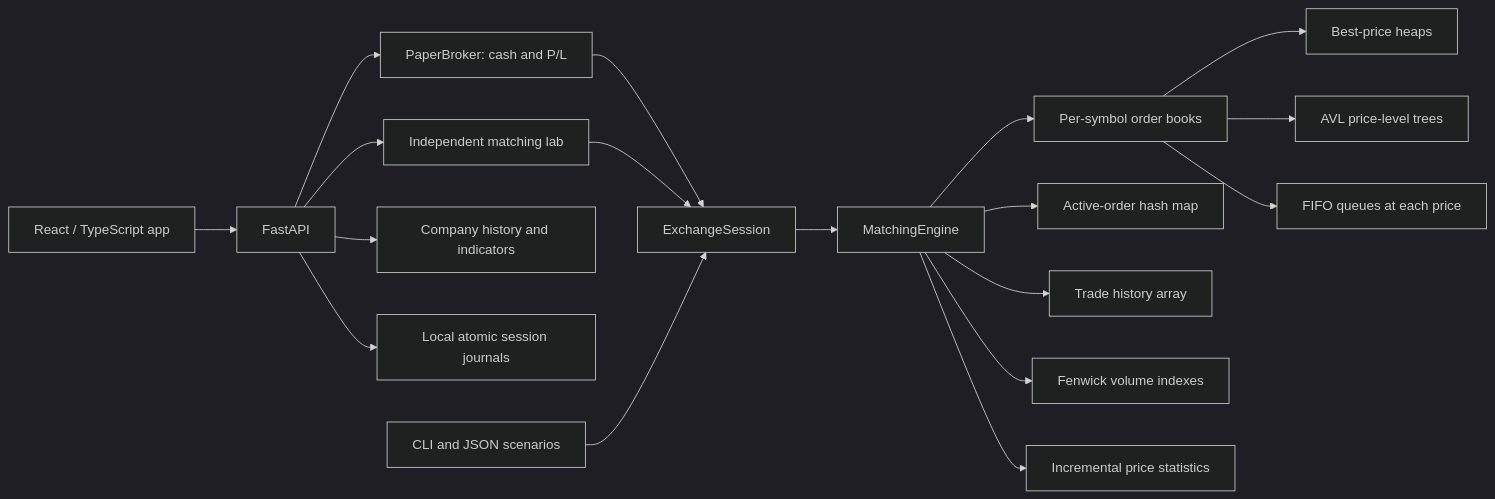
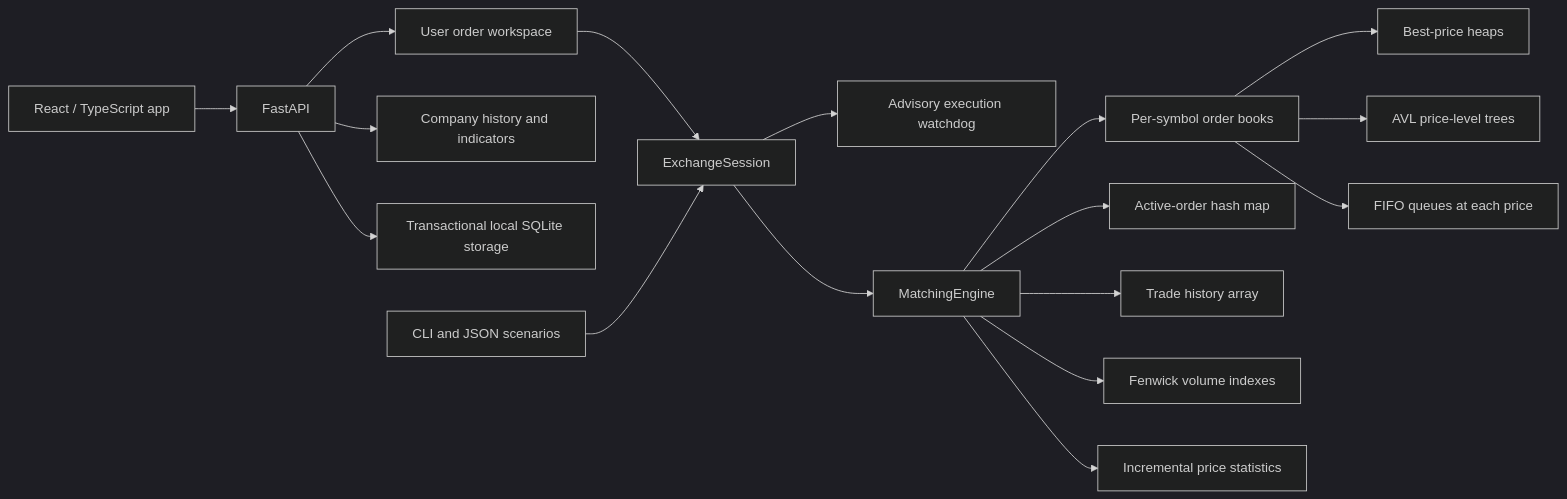
The diagram in docs/architecture.md (sgshiv001/TRADE-VELOCITY), drawn with Mermaid (dark theme) before and after one commit. The commit also changed other lines of this file and 83 other files, not shown here.

````diff
--- a/docs/architecture.md
+++ b/docs/architecture.md
@@ -5,20 +5,19 @@
 ```mermaid
 flowchart LR
     UI[React / TypeScript app] --> API[FastAPI]
-    API --> Paper[PaperBroker: cash and P/L]
-    API --> Lab[Independent matching lab]
-    Paper --> Session[ExchangeSession]
-    Lab --> Session
+    API --> Workspace[User order workspace]
+    Workspace --> Session[ExchangeSession]
+    Session --> Watchdog[Advisory execution watchdog]
     API --> History[Company history and indicators]
-    API --> Saved[Local atomic session journals]
+    API --> Saved[Transactional local SQLite storage]
     CLI[CLI and JSON scenarios] --> Session
     Session --> Engine[MatchingEngine]
     Engine --> Books[Per-symbol order books]
     Books --> Heaps[Best-price heaps]
     Books --> AVL[AVL price-level trees]
     Books --> Queues[FIFO queues at each price]
     Engine --> Lookup[Active-order hash map]
     Engine --> Trades[Trade history array]
     Engine --> Volume[Fenwick volume indexes]
     Engine --> Stats[Incremental price statistics]
 ```
````
